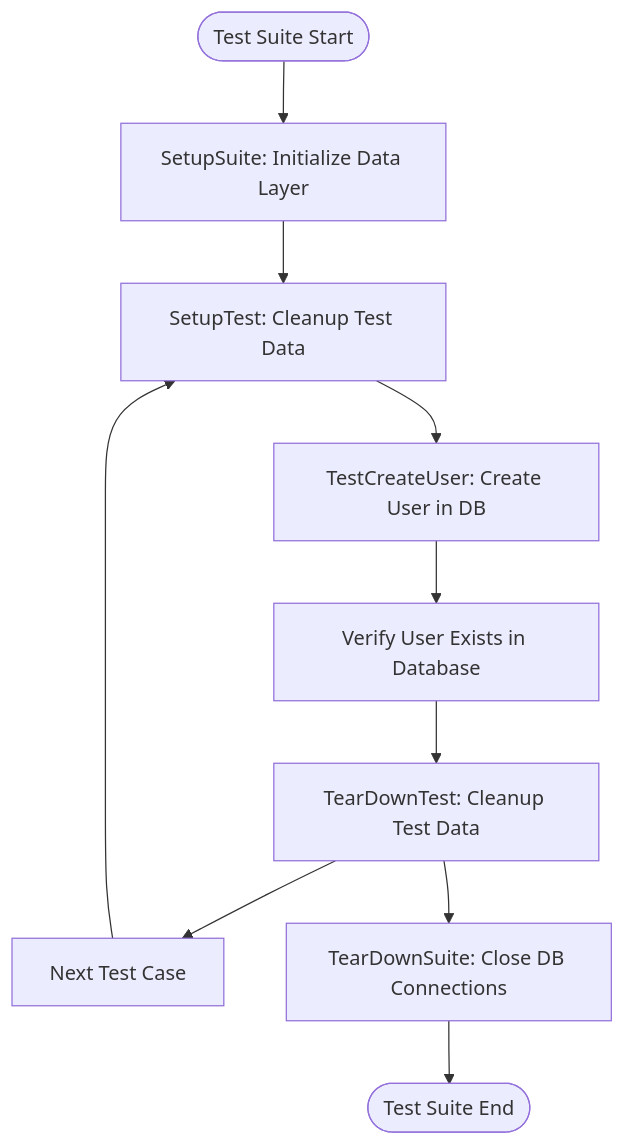
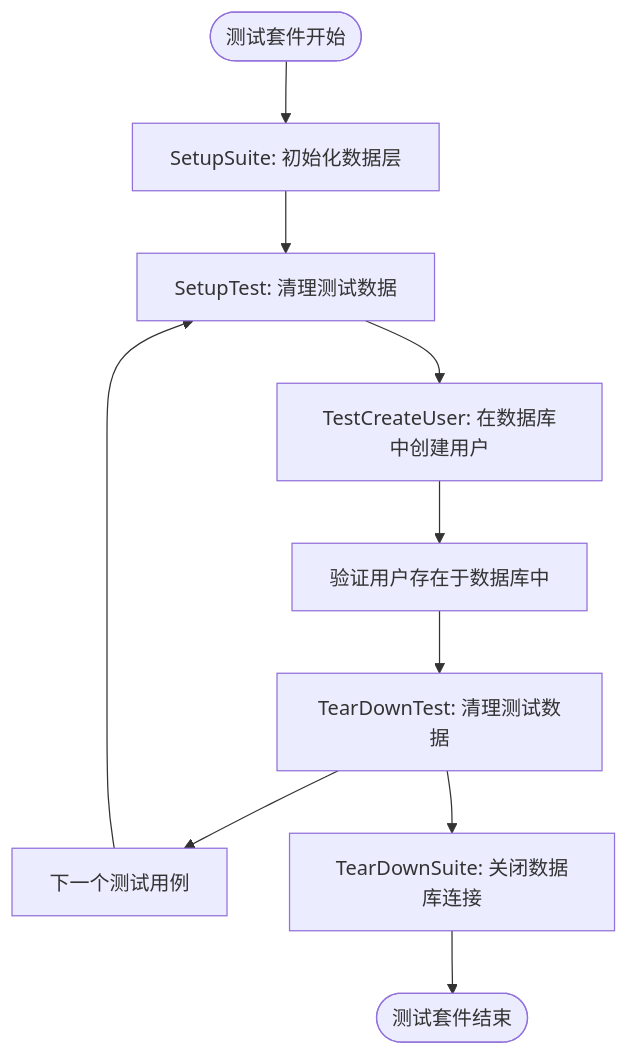
Before and after one commit to 26huitailang/kratos-boilerplate: the third of 4 diagrams in .qoder/repowiki/zh/content/Testing Strategy/Testing Strategy.md, drawn with Mermaid. The commit also changed other lines of this file and 31 other files, not shown here.

````diff
--- a/.qoder/repowiki/zh/content/Testing Strategy/Testing Strategy.md
+++ b/.qoder/repowiki/zh/content/Testing Strategy/Testing Strategy.md
@@ -122,12 +131,12 @@
 ```mermaid
 flowchart TD
-Start([Test Suite Start]) --> SetupSuite["SetupSuite: Initialize Data Layer"]
-SetupSuite --> SetupTest["SetupTest: Cleanup Test Data"]
-SetupTest --> TestCreateUser["TestCreateUser: Create User in DB"]
-TestCreateUser --> VerifyDB["Verify User Exists in Database"]
-VerifyDB --> TearDownTest["TearDownTest: Cleanup Test Data"]
-TearDownTest --> NextTest["Next Test Case"]
+Start([测试套件开始]) --> SetupSuite["SetupSuite: 初始化数据层"]
+SetupSuite --> SetupTest["SetupTest: 清理测试数据"]
+SetupTest --> TestCreateUser["TestCreateUser: 在数据库中创建用户"]
+TestCreateUser --> VerifyDB["验证用户存在于数据库中"]
+VerifyDB --> TearDownTest["TearDownTest: 清理测试数据"]
+TearDownTest --> NextTest["下一个测试用例"]
 NextTest --> SetupTest
-TearDownTest --> EndSuite["TearDownSuite: Close DB Connections"]
-EndSuite --> End([Test Suite End])
+TearDownTest --> EndSuite["TearDownSuite: 关闭数据库连接"]
+EndSuite --> End([测试套件结束])
 ```
````
